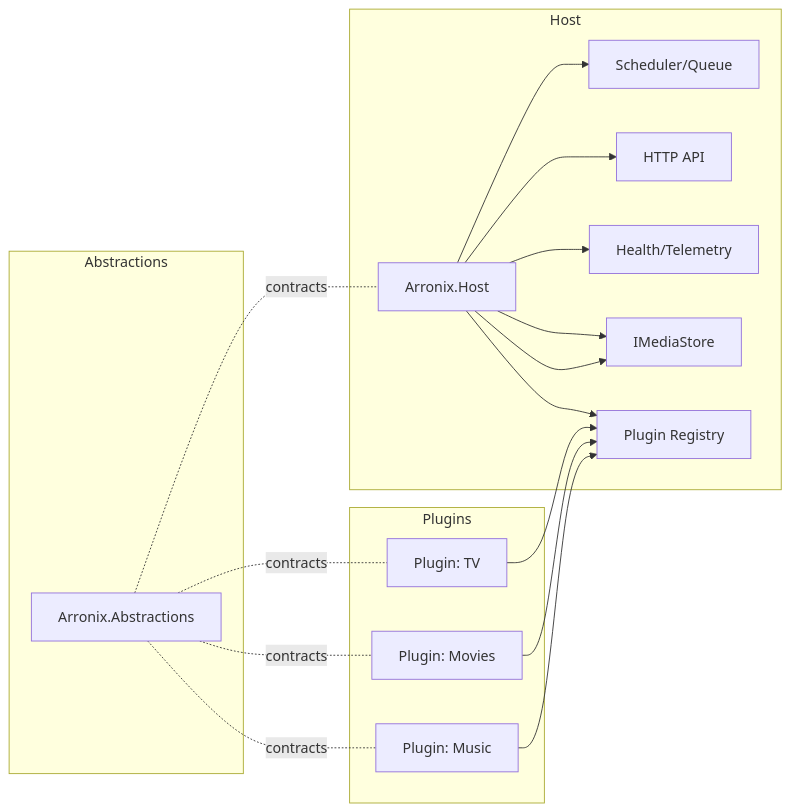
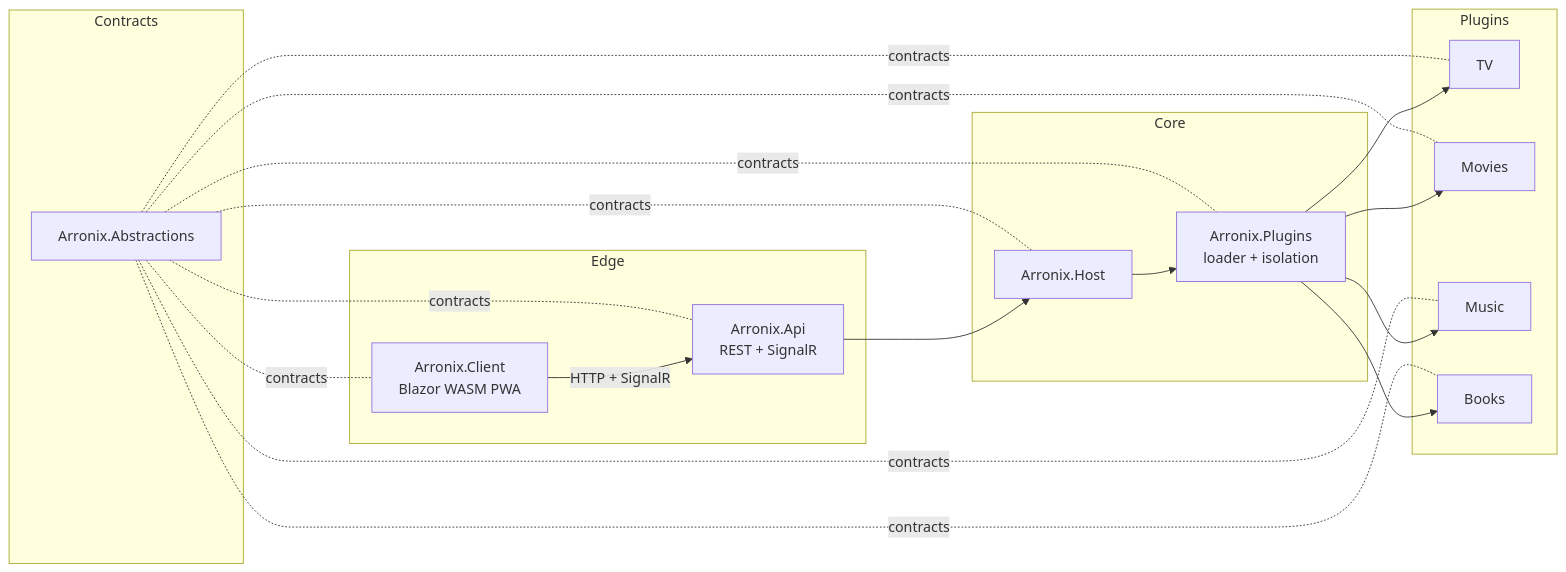
Before and after one commit to Arronix/ArronixCore: the diagram in README.md, drawn with Mermaid. The commit also changed other lines of this file and 935 other files, not shown here.

````diff
--- a/README.md
+++ b/README.md
@@ -53,29 +96,37 @@
 ```mermaid
 flowchart LR
-  subgraph Host
-    Core[Arronix.Host] --> Sched[Scheduler/Queue]
-    Core --> API[HTTP API]
-    Core --> Health[Health/Telemetry]
-    Core --> Store[IMediaStore]
-    Core --> Reg[Plugin Registry]
-  end
-
-  subgraph Abstractions
+  subgraph Contracts
     A[Arronix.Abstractions]
   end
 
-  subgraph Plugins
-    TV[Plugin: TV]
-    MV[Plugin: Movies]
-    MU[Plugin: Music]
+  subgraph Core
+    Loader[Arronix.Plugins<br/>loader + isolation]
+    Host[Arronix.Host]
   end
 
-  A -. contracts .- Core
+  subgraph Edge
+    Api[Arronix.Api<br/>REST + SignalR]
+    Client[Arronix.Client<br/>Blazor WASM PWA]
+  end
+
+  subgraph Plugins
+    TV[TV] 
+    MV[Movies]
+    MU[Music]
+    BK[Books]
+  end
+
+  A -. contracts .- Host
+  A -. contracts .- Loader
+  A -. contracts .- Api
+  A -. contracts .- Client
   A -. contracts .- TV
   A -. contracts .- MV
   A -. contracts .- MU
-  TV --> Reg
-  MV --> Reg
-  MU --> Reg
-  Core --> Store
+  A -. contracts .- BK
+
+  Host --> Loader
+  Loader --> TV & MV & MU & BK
+  Api --> Host
+  Client -- HTTP + SignalR --> Api
 ```
````
